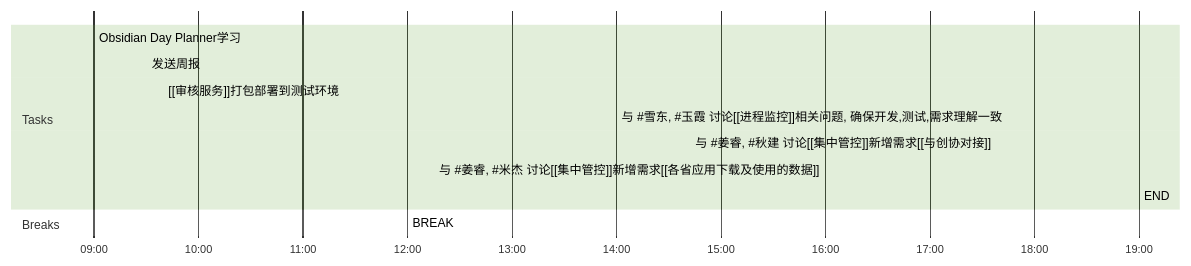
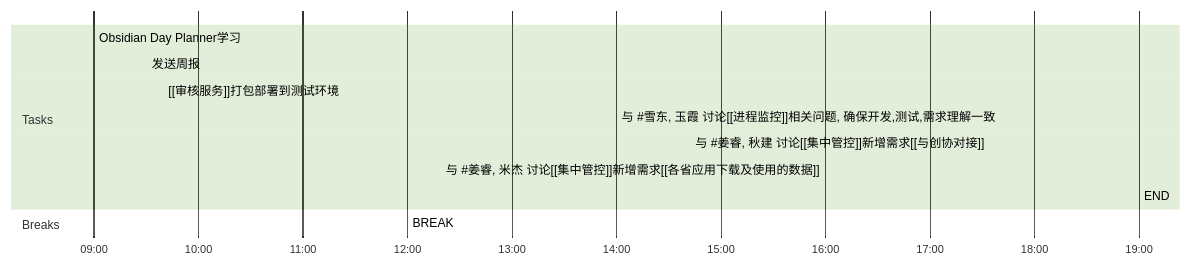
Before and after one commit to yangld/learn: the diagram in Day Planners/Day Planner-20211115.md, drawn with Mermaid (forest theme). The commit also changed other lines of this file and 3 other files, not shown here.

````diff
--- a/Day Planners/Day Planner-20211115.md
+++ b/Day Planners/Day Planner-20211115.md
@@ -2,16 +2,16 @@
 ```mermaid
 gantt
     dateFormat  HH-mm
     axisFormat %H:%M
-    %% Current Time: 下午3:59:48
+    %% Current Time: 下午5:01:51
     section Tasks
     Obsidian Day Planner学习     :09-00, 30mm
     发送周报     :09-30, 10mm
     [[审核服务]]打包部署到测试环境     :09-40, 140mm
-    与 #35;雪东,  #玉霞     讨论[[进程监控]]相关问题, 确保开发,测试,需求理解一致     :14-00, 42mm
-    与 #35;姜睿,  #秋建     讨论[[集中管控]]新增需求[[与创协对接]]     :14-42, 78mm
-    与 #35;姜睿,  #米杰     讨论[[集中管控]]新增需求[[各省应用下载及使用的数据]]     :16-00, 180mm
+    与 #35;雪东,  玉霞     讨论[[进程监控]]相关问题, 确保开发,测试,需求理解一致     :14-00, 42mm
+    与 #35;姜睿,  秋建     讨论[[集中管控]]新增需求[[与创协对接]]     :14-42, 78mm
+    与 #35;姜睿,  米杰     讨论[[集中管控]]新增需求[[各省应用下载及使用的数据]]     :16-00, 180mm
     END     :19-00, 0mm
     section Breaks
     BREAK     :12-00, 120mm
 ```
````
